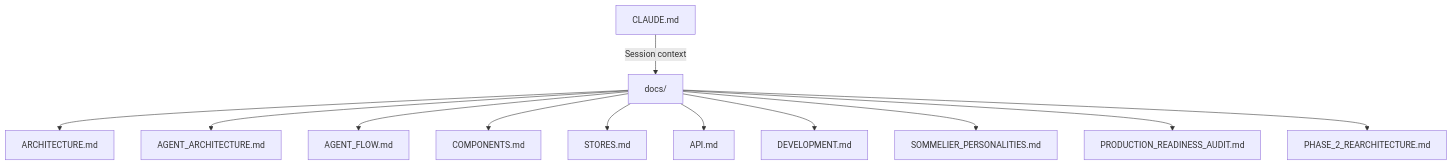
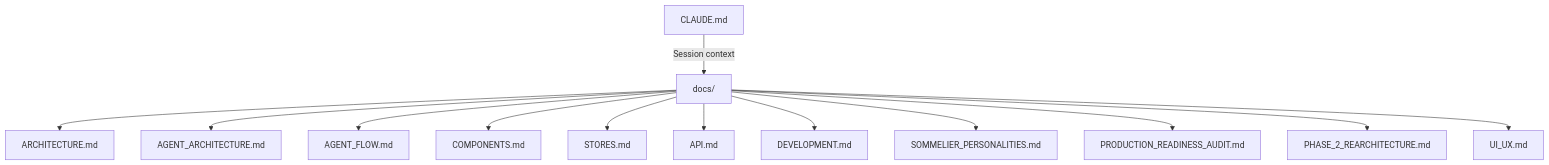
Before and after one commit to philhumber/wineApp: the diagram in docs/README.md, drawn with Mermaid. The commit also changed other lines of this file and 1 other file, not shown here.

````diff
--- a/docs/README.md
+++ b/docs/README.md
@@ -11,14 +11,15 @@
 ```mermaid
 graph TD
     A[CLAUDE.md] -->|Session context| B[docs/]
     B --> C[ARCHITECTURE.md]
     B --> D[AGENT_ARCHITECTURE.md]
     B --> E[AGENT_FLOW.md]
     B --> F[COMPONENTS.md]
     B --> G[STORES.md]
     B --> H[API.md]
     B --> I[DEVELOPMENT.md]
     B --> J[SOMMELIER_PERSONALITIES.md]
     B --> K[PRODUCTION_READINESS_AUDIT.md]
     B --> L[PHASE_2_REARCHITECTURE.md]
+    B --> M[UI_UX.md]
 ```
````
